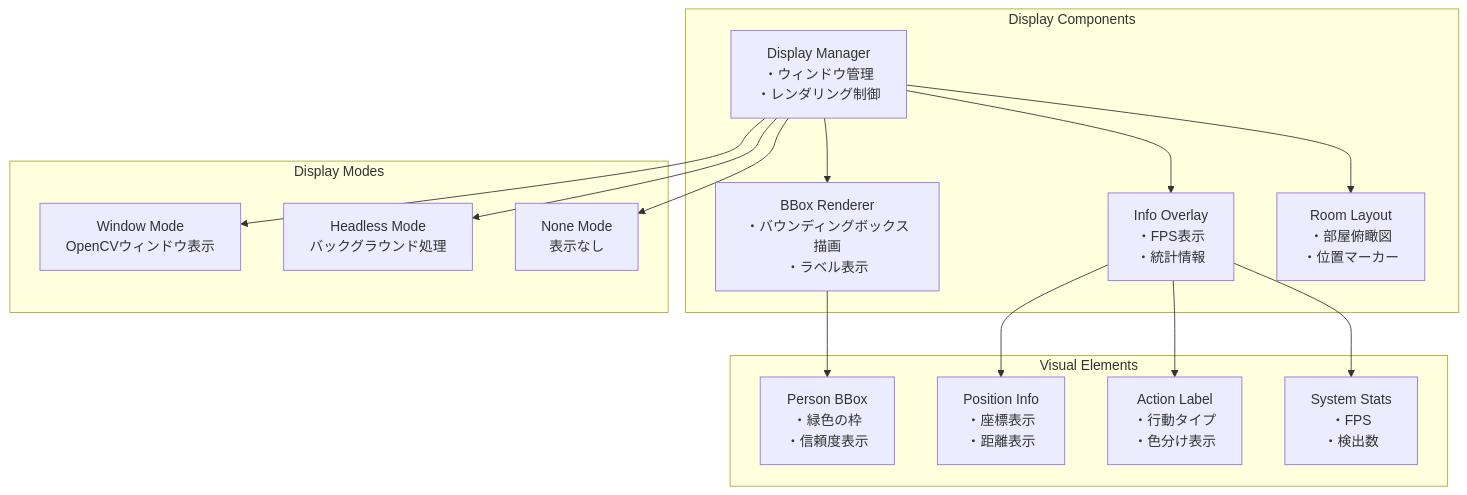
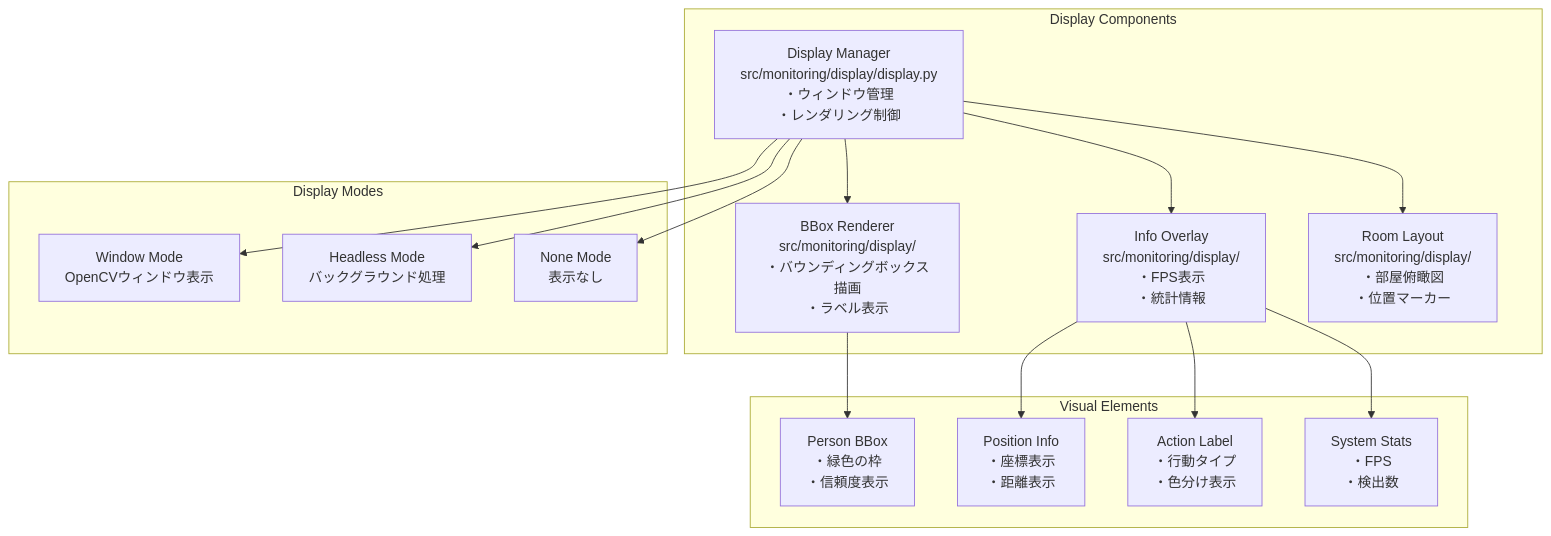
One commit to kira612/PBL_test changed the sixth of 11 diagrams in docs/System_Architecture.md. Above: the diagram before and after it, drawn with Mermaid. The commit also changed other lines of this file and 60 other files, not shown here.

First line of the commit message:
Refactor codebase into modular architecture with comprehensive documentation updates

````diff
--- a/docs/System_Architecture.md
+++ b/docs/System_Architecture.md
@@ -204,35 +205,35 @@
 ```mermaid
 graph TB
     subgraph "Display Components"
-        DisplayManager[Display Manager<br/>・ウィンドウ管理<br/>・レンダリング制御]
-        BBoxRenderer[BBox Renderer<br/>・バウンディングボックス描画<br/>・ラベル表示]
-        InfoOverlay[Info Overlay<br/>・FPS表示<br/>・統計情報]
-        RoomLayout[Room Layout<br/>・部屋俯瞰図<br/>・位置マーカー]
+        DisplayManager[Display Manager<br/>src/monitoring/display/display.py<br/>・ウィンドウ管理<br/>・レンダリング制御]
+        BBoxRenderer[BBox Renderer<br/>src/monitoring/display/<br/>・バウンディングボックス描画<br/>・ラベル表示]
+        InfoOverlay[Info Overlay<br/>src/monitoring/display/<br/>・FPS表示<br/>・統計情報]
+        RoomLayout[Room Layout<br/>src/monitoring/display/<br/>・部屋俯瞰図<br/>・位置マーカー]
     end
     
     subgraph "Display Modes"
         WindowMode[Window Mode<br/>OpenCVウィンドウ表示]
         HeadlessMode[Headless Mode<br/>バックグラウンド処理]
         NoneMode[None Mode<br/>表示なし]
     end
     
     subgraph "Visual Elements"
         PersonBox[Person BBox<br/>・緑色の枠<br/>・信頼度表示]
         PositionInfo[Position Info<br/>・座標表示<br/>・距離表示]
         ActionLabel[Action Label<br/>・行動タイプ<br/>・色分け表示]
         SystemStats[System Stats<br/>・FPS<br/>・検出数]
     end
     
     DisplayManager --> BBoxRenderer
     DisplayManager --> InfoOverlay
     DisplayManager --> RoomLayout
     
     BBoxRenderer --> PersonBox
     InfoOverlay --> PositionInfo
     InfoOverlay --> ActionLabel
     InfoOverlay --> SystemStats
     
     DisplayManager --> WindowMode
     DisplayManager --> HeadlessMode
     DisplayManager --> NoneMode
 ```
````
